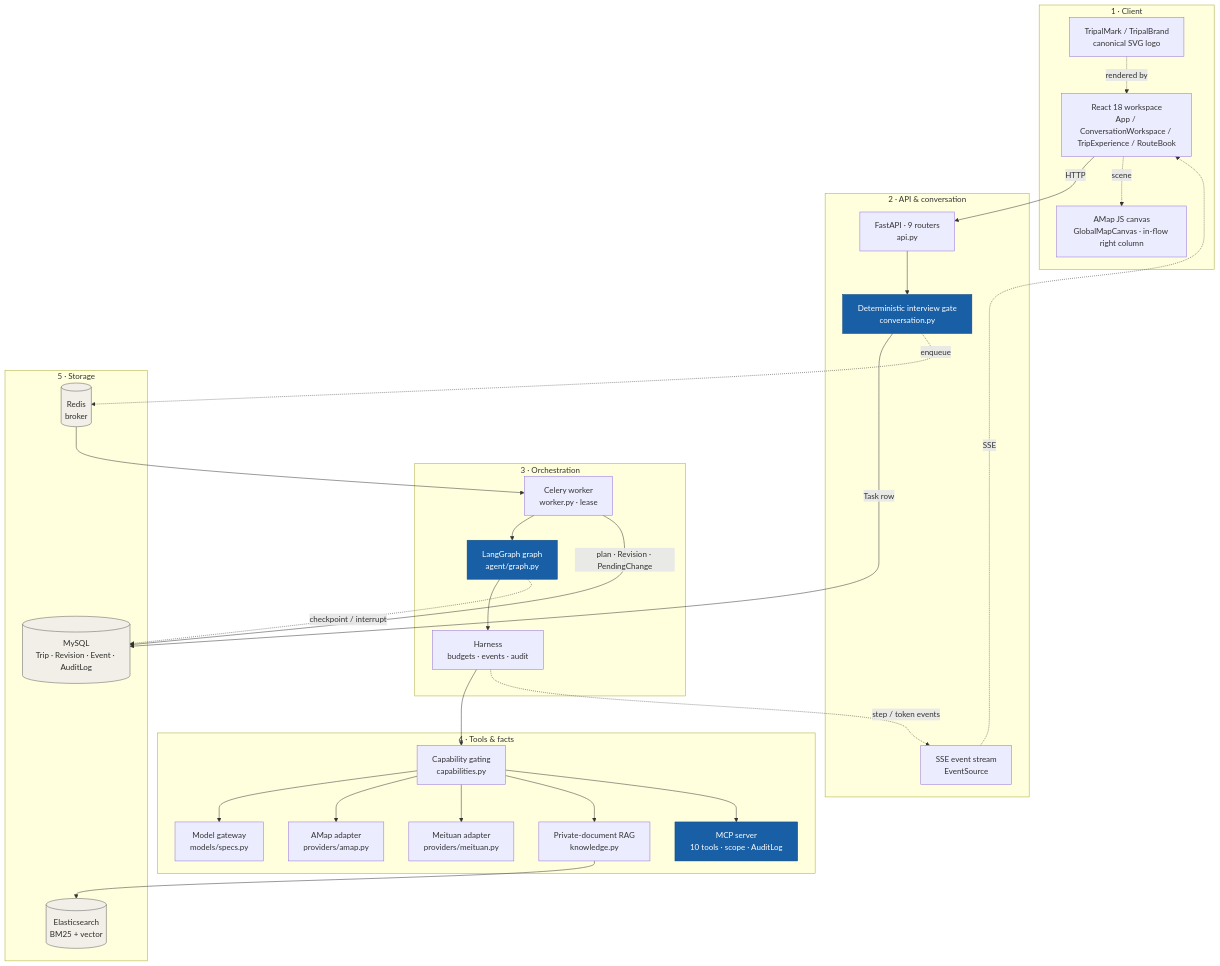
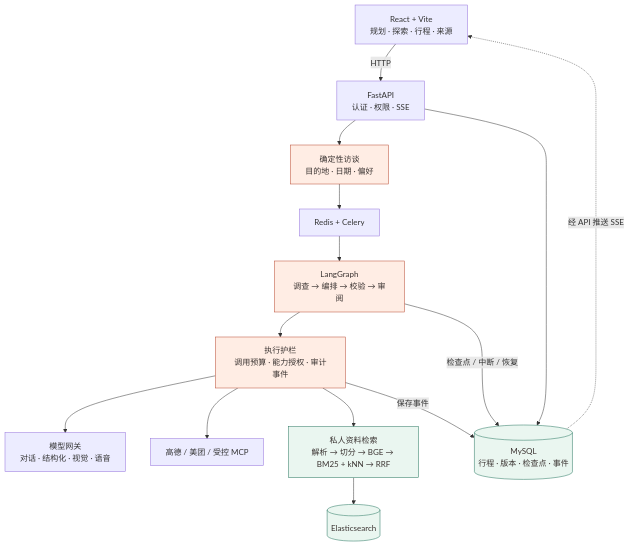
One commit to JingleiCui/TripPal changed the diagram in README.md. Above: the diagram before and after it, drawn with Mermaid. The commit also changed other lines of this file and 101 other files, not shown here.

````diff
--- a/README.md
+++ b/README.md
@@ -150,51 +39,26 @@
 ```mermaid
 flowchart TB
-  subgraph L1["1 · Client"]
-    UI["React 18 workspace<br/>App / ConversationWorkspace / TripExperience / RouteBook"]
-    MAP["AMap JS canvas<br/>GlobalMapCanvas · in-flow right column"]
-    BRAND["TripalMark / TripalBrand<br/>canonical SVG logo"]
-  end
-  subgraph L2["2 · API & conversation"]
-    GATE["Deterministic interview gate<br/>conversation.py"]
-    API["FastAPI · 9 routers<br/>api.py"]
-    SSE["SSE event stream<br/>EventSource"]
-  end
-  subgraph L3["3 · Orchestration"]
-    W["Celery worker<br/>worker.py · lease"]
-    GRAPH["LangGraph graph<br/>agent/graph.py"]
-    H["Harness<br/>budgets · events · audit"]
-  end
-  subgraph L4["4 · Tools & facts"]
-    GW["Model gateway<br/>models/specs.py"]
-    AM["AMap adapter<br/>providers/amap.py"]
-    MT["Meituan adapter<br/>providers/meituan.py"]
-    KB["Private-document RAG<br/>knowledge.py"]
-    MCP["MCP server<br/>10 tools · scope · AuditLog"]
-    CAP["Capability gating<br/>capabilities.py"]
-  end
-  subgraph L5["5 · Storage"]
-    MY[("MySQL<br/>Trip · Revision · Event · AuditLog")]
-    RD[("Redis<br/>broker")]
-    ES[("Elasticsearch<br/>BM25 + vector")]
-  end
+  UI["React + Vite<br/>规划 · 探索 · 行程 · 来源"]
+  API["FastAPI<br/>认证 · 权限 · SSE"]
+  GATE["确定性访谈<br/>目的地 · 日期 · 偏好"]
+  QUEUE["Redis + Celery"]
+  GRAPH["LangGraph<br/>调查 → 编排 → 校验 → 审阅"]
+  HARNESS["执行护栏<br/>调用预算 · 能力授权 · 审计事件"]
+  MODEL["模型网关<br/>对话 · 结构化 · 视觉 · 语音"]
+  TOOLS["高德 / 美团 / 受控 MCP"]
+  RAG["私人资料检索<br/>解析 → 切分 → BGE → BM25 + kNN → RRF"]
+  ES[("Elasticsearch")]
+  DB[("MySQL<br/>行程 · 版本 · 检查点 · 事件")]
   UI -->|HTTP| API
-  UI -.->|scene| MAP
-  BRAND -.->|rendered by| UI
-  API --> GATE
-  GATE -->|Task row| MY
-  GATE -.->|enqueue| RD
-  RD --> W
-  W --> GRAPH
-  GRAPH --> H
-  H --> CAP
-  CAP --> GW & AM & MT & KB & MCP
-  KB --> ES
-  W -->|plan · Revision · PendingChange| MY
-  H -.->|step / token events| SSE
-  SSE -.->|SSE| UI
-  GRAPH -.->|checkpoint / interrupt| MY
-  classDef accent fill:#185FA5,stroke:#0C447C,color:#FFFFFF
-  classDef storage fill:#F1EFE8,stroke:#5F5E5A,color:#2C2C2A
-  class GATE,GRAPH,MCP accent
-  class MY,RD,ES storage
+  API --> GATE --> QUEUE --> GRAPH --> HARNESS
+  HARNESS --> MODEL & TOOLS & RAG
+  RAG --> ES
+  API --> DB
+  GRAPH -->|检查点 / 中断 / 恢复| DB
+  HARNESS -->|保存事件| DB
+  DB -.->|经 API 推送 SSE| UI
+  classDef coral fill:#FFEDE4,stroke:#B84830,color:#3B3432
+  classDef mint fill:#EAF6F0,stroke:#24745D,color:#3B3432
+  class GATE,GRAPH,HARNESS coral
+  class RAG,DB,ES mint
 ```
````
